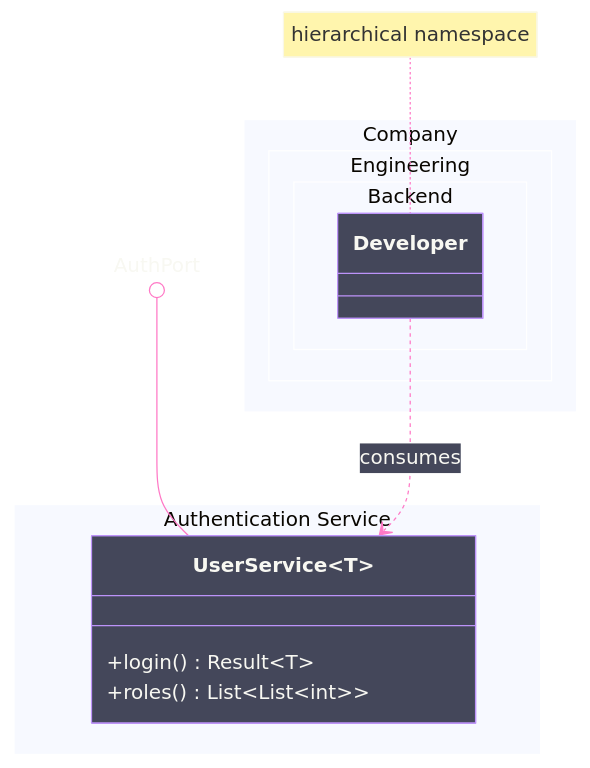
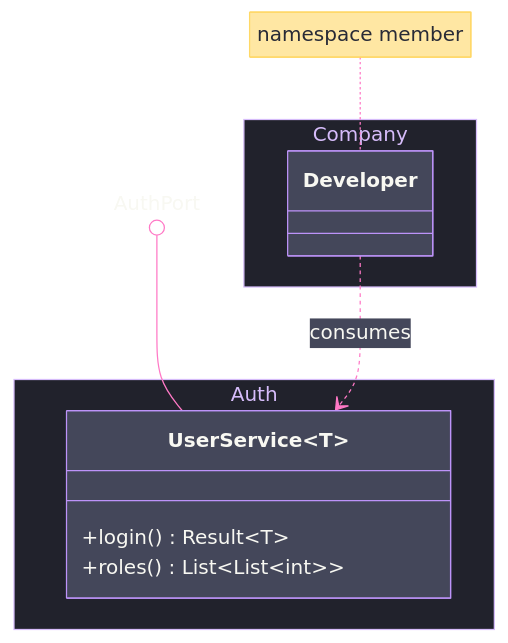
Before and after one commit to bsamiee/Rasm: the fourth of 5 diagrams in .claude/skills/mermaid-diagramming/references/syntax-core.md, drawn with Mermaid. The commit also changed other lines of this file and 50 other files, not shown here.

````diff
--- a/.claude/skills/mermaid-diagramming/references/syntax-core.md
+++ b/.claude/skills/mermaid-diagramming/references/syntax-core.md
@@ -145,30 +182,44 @@
 ```mermaid
 ---
 config:
   theme: base
+  look: classic
   themeVariables:
     darkMode: true
     fontFamily: "SF Mono, Menlo, Cascadia Mono, Segoe UI Mono, Consolas, monospace"
+    useGradient: false
+    dropShadow: "none"
+    background: "#282A36"
+    primaryColor: "#44475A"
+    primaryBorderColor: "#BD93F9"
     mainBkg: "#44475A"
     nodeBorder: "#BD93F9"
     lineColor: "#FF79C6"
     classText: "#F8F8F2"
     textColor: "#F8F8F2"
-    edgeLabelBackground: "#44475A"
+    titleColor: "#D6BCFA"
+    clusterBkg: "#21222C"
+    clusterBorder: "#D6BCFA"
+    edgeLabelBackground: "#21222C"
+    labelBackgroundColor: "#21222C"
+    noteBkgColor: "#FFD86699"
+    noteBorderColor: "#FFD866"
+    noteTextColor: "#282A36"
+  themeCSS: ".nodeLabel{font-size:13px;font-weight:500}.edgeLabel{font-size:12px;font-weight:500}.classTitle{font-size:13px;font-weight:600}.cluster-label .nodeLabel,.cluster-label text{font-size:12.5px;font-weight:600;letter-spacing:.08em}.noteLabel .nodeLabel{font-size:12px}.relation{stroke-width:2px}.edge-pattern-dashed,.edge-pattern-dotted{stroke-width:1.5px;stroke-dasharray:4 6}.divider{stroke-width:1px}.node rect,.node path{stroke-width:1.5px;filter:none!important}.cluster rect{stroke-width:1px!important;stroke-dasharray:5 4!important;filter:none!important}.marker path{transform:scale(.8);transform-origin:5px 5px}"
 ---
 classDiagram
     accTitle: Namespace and generics demo
     accDescr: A generic user service inside a namespace, consumed by a developer and exposed through a lollipop port.
-    namespace Auth["Authentication Service"] {
+    namespace Auth {
         class UserService~T~ {
             +login() Result~T~
             +roles() List~List~int~~
         }
     }
-    namespace Company.Engineering.Backend {
+    namespace Company {
         class Developer
     }
     AuthPort ()-- UserService
     Developer ..> UserService : consumes
-    note for Developer "hierarchical namespace"
+    note for Developer "namespace member"
 ```
````
